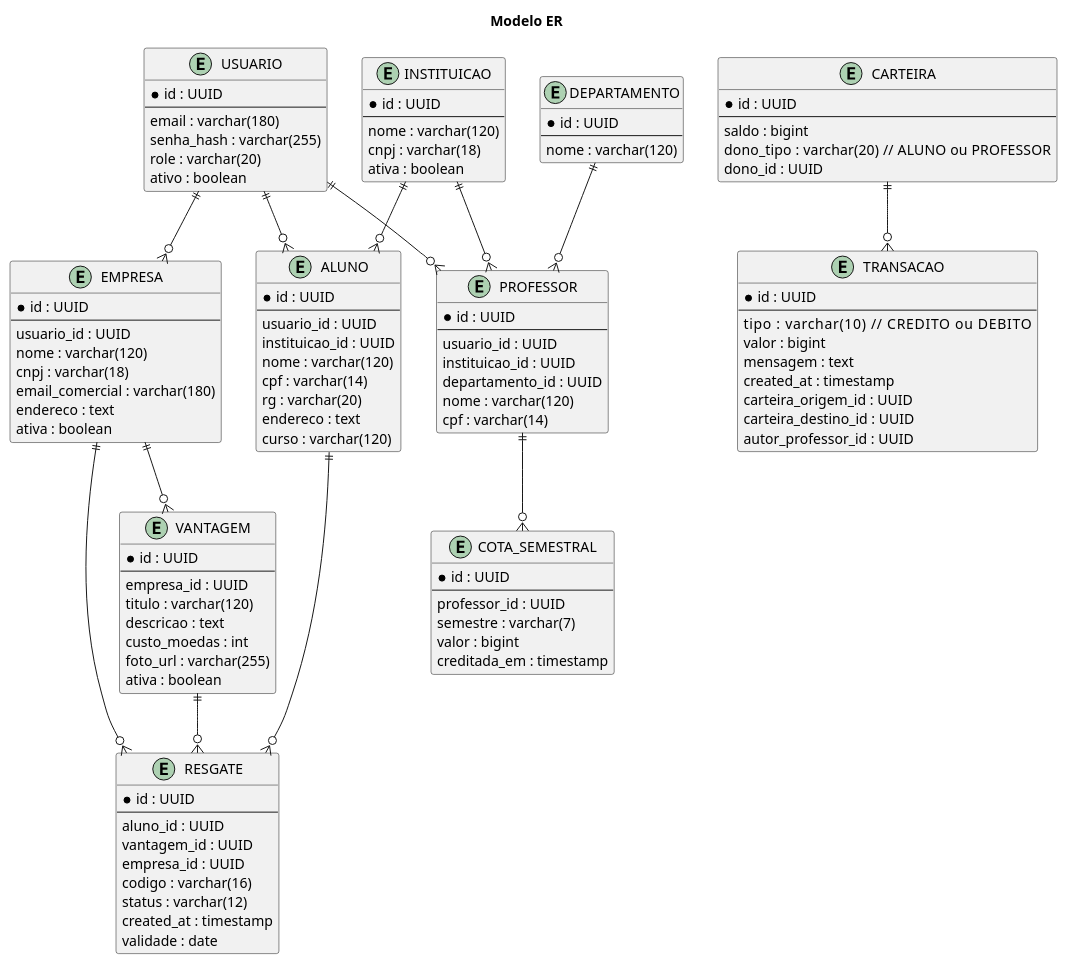
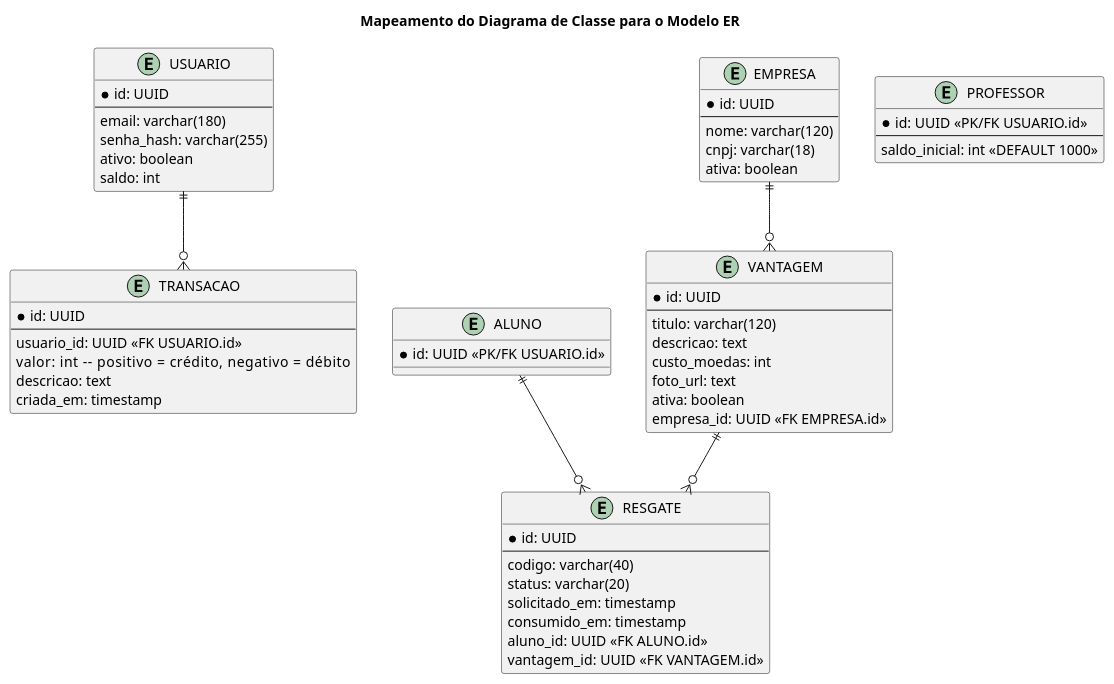
Before and after one commit to pedrolucas444/sistema-moeda-estudantil: the diagram in projeto/Mapeamento do Diagrama de Classe para o Modelo ER.puml, drawn with PlantUML. The commit also changed 8 other files, not shown here.

Commit message:
Corrigindo o diagrama de classe, implantacao e ER

```diff
--- a/projeto/Mapeamento do Diagrama de Classe para o Modelo ER.puml
+++ b/projeto/Mapeamento do Diagrama de Classe para o Modelo ER.puml
@@ -1,124 +1,68 @@
 @startuml
-title Modelo ER 
+title Mapeamento do Diagrama de Classe para o Modelo ER
 
 entity USUARIO {
-  * id : UUID
+  * id: UUID
   --
-  email : varchar(180)
-  senha_hash : varchar(255)
-  role : varchar(20)
-  ativo : boolean
+  email: varchar(180)
+  senha_hash: varchar(255)
+  ativo: boolean
+  saldo: int
 }
 
-entity INSTITUICAO {
-  * id : UUID
-  --
-  nome : varchar(120)
-  cnpj : varchar(18)
-  ativa : boolean
-}
-
-entity DEPARTAMENTO {
-  * id : UUID
-  --
-  nome : varchar(120)
+entity ALUNO {
+  * id: UUID <<PK/FK USUARIO.id>>
 }
 
 entity PROFESSOR {
-  * id : UUID
+  * id: UUID <<PK/FK USUARIO.id>>
   --
-  usuario_id : UUID
-  instituicao_id : UUID
-  departamento_id : UUID
-  nome : varchar(120)
-  cpf : varchar(14)
-}
-
-entity ALUNO {
-  * id : UUID
-  --
-  usuario_id : UUID
-  instituicao_id : UUID
-  nome : varchar(120)
-  cpf : varchar(14)
-  rg : varchar(20)
-  endereco : text
-  curso : varchar(120)
+  saldo_inicial: int <<DEFAULT 1000>>
 }
 
 entity EMPRESA {
-  * id : UUID
+  * id: UUID
   --
-  usuario_id : UUID
-  nome : varchar(120)
-  cnpj : varchar(18)
-  email_comercial : varchar(180)
-  endereco : text
-  ativa : boolean
+  nome: varchar(120)
+  cnpj: varchar(18)
+  ativa: boolean
 }
 
 entity VANTAGEM {
-  * id : UUID
+  * id: UUID
   --
-  empresa_id : UUID
-  titulo : varchar(120)
-  descricao : text
-  custo_moedas : int
-  foto_url : varchar(255)
-  ativa : boolean
+  titulo: varchar(120)
+  descricao: text
+  custo_moedas: int
+  foto_url: text
+  ativa: boolean
+  empresa_id: UUID <<FK EMPRESA.id>>
 }
 
-entity CARTEIRA {
-  * id : UUID
+entity RESGATE {
+  * id: UUID
   --
-  saldo : bigint
-  dono_tipo : varchar(20)   // ALUNO ou PROFESSOR
-  dono_id : UUID
+  codigo: varchar(40)
+  status: varchar(20)
+  solicitado_em: timestamp
+  consumido_em: timestamp
+  aluno_id: UUID <<FK ALUNO.id>>
+  vantagem_id: UUID <<FK VANTAGEM.id>>
 }
 
 entity TRANSACAO {
-  * id : UUID
+  * id: UUID
   --
-  tipo : varchar(10)        // CREDITO ou DEBITO
-  valor : bigint
-  mensagem : text
-  created_at : timestamp
-  carteira_origem_id : UUID
-  carteira_destino_id : UUID
-  autor_professor_id : UUID
+  usuario_id: UUID <<FK USUARIO.id>>
+  valor: int        -- positivo = crédito, negativo = débito
+  descricao: text
+  criada_em: timestamp
 }
 
-entity RESGATE {
-  * id : UUID
-  --
-  aluno_id : UUID
-  vantagem_id : UUID
-  empresa_id : UUID
-  codigo : varchar(16)
-  status : varchar(12)
-  created_at : timestamp
-  validade : date
-}
-
-entity COTA_SEMESTRAL {
-  * id : UUID
-  --
-  professor_id : UUID
-  semestre : varchar(7)
-  valor : bigint
-  creditada_em : timestamp
-}
-
-USUARIO ||--o{ PROFESSOR
-USUARIO ||--o{ ALUNO
-USUARIO ||--o{ EMPRESA
-INSTITUICAO ||--o{ ALUNO
-INSTITUICAO ||--o{ PROFESSOR
-DEPARTAMENTO ||--o{ PROFESSOR
+' ===== Relacionamentos =====
 EMPRESA ||--o{ VANTAGEM
 ALUNO ||--o{ RESGATE
 VANTAGEM ||--o{ RESGATE
-EMPRESA ||--o{ RESGATE
-PROFESSOR ||--o{ COTA_SEMESTRAL
-CARTEIRA ||--o{ TRANSACAO
+USUARIO ||--o{ TRANSACAO
+
 @enduml
```
